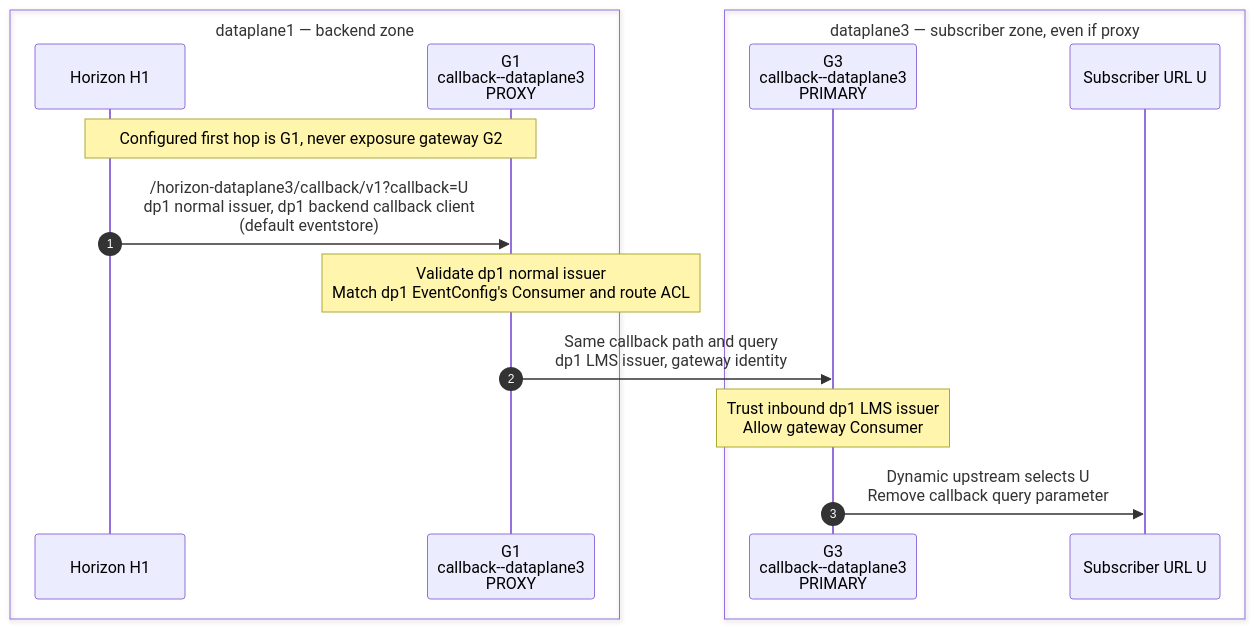
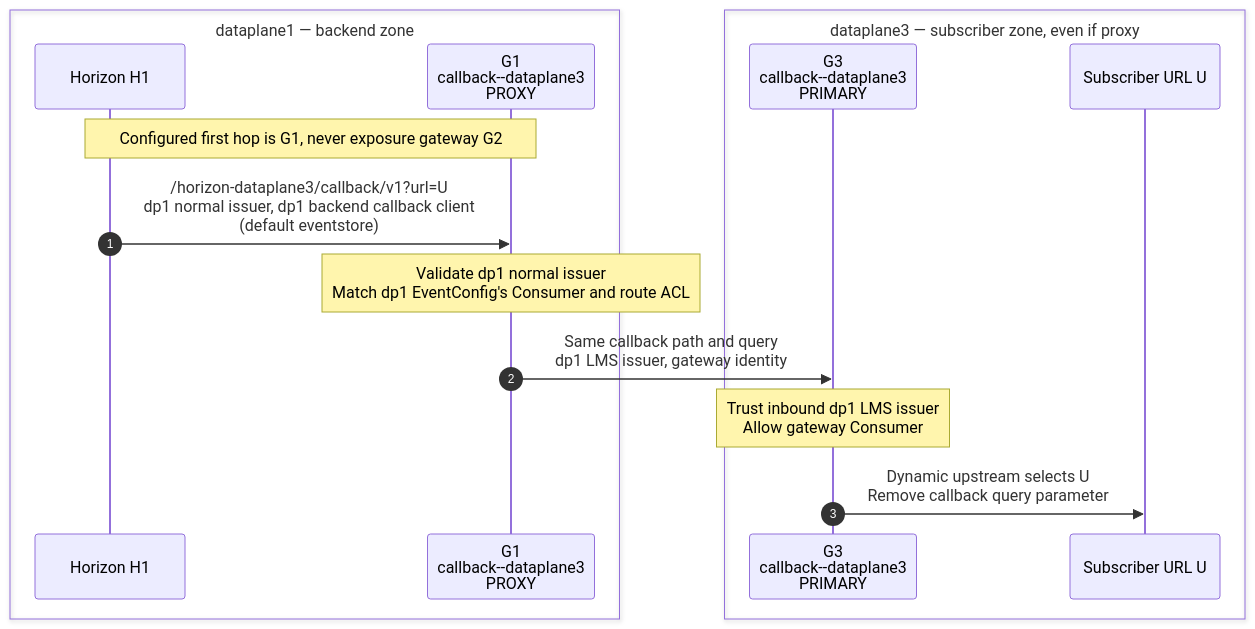
One commit to telekom/controlplane changed the third of 5 diagrams in docs/docs/architecture/event.mdx. Above: the diagram before and after it, drawn with Mermaid. The commit also changed other lines of this file and 11 other files, not shown here.

First line of the commit message:
refactor(event): rename callback proxy query param from "callback" to "url"

````diff
--- a/docs/docs/architecture/event.mdx
+++ b/docs/docs/architecture/event.mdx
@@ -124,18 +124,18 @@
 ```mermaid
 sequenceDiagram
     autonumber
     box dataplane1 — backend zone
         participant H1 as Horizon H1
         participant G1 as G1<br/>callback--dataplane3<br/>PROXY
     end
     box dataplane3 — subscriber zone, even if proxy
         participant G3 as G3<br/>callback--dataplane3<br/>PRIMARY
         participant S as Subscriber URL U
     end
     Note over H1,G1: Configured first hop is G1, never exposure gateway G2
-    H1->>G1: /horizon-dataplane3/callback/v1?callback=U<br/>dp1 normal issuer, dp1 backend callback client<br/>(default eventstore)
+    H1->>G1: /horizon-dataplane3/callback/v1?url=U<br/>dp1 normal issuer, dp1 backend callback client<br/>(default eventstore)
     Note over G1: Validate dp1 normal issuer<br/>Match dp1 EventConfig's Consumer and route ACL
     G1->>G3: Same callback path and query<br/>dp1 LMS issuer, gateway identity
     Note over G3: Trust inbound dp1 LMS issuer<br/>Allow gateway Consumer
     G3->>S: Dynamic upstream selects U<br/>Remove callback query parameter
 ```
````
